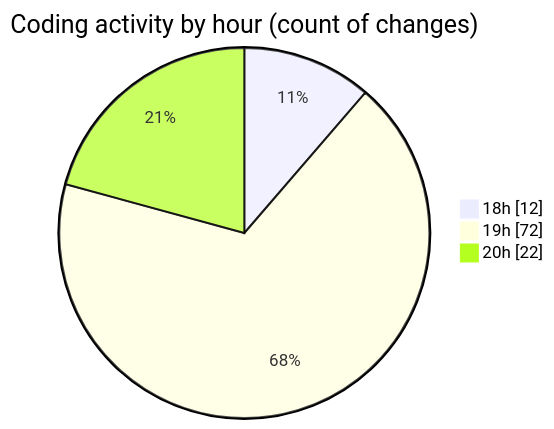
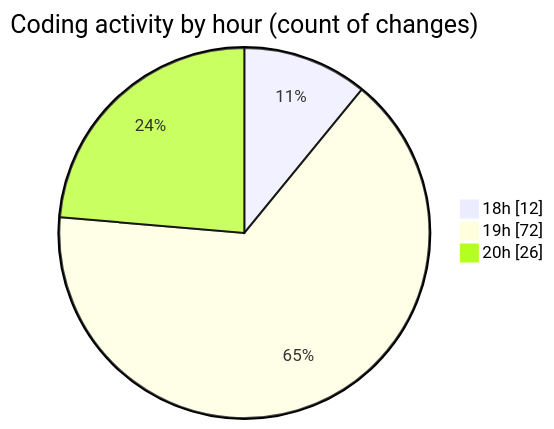
One commit to MatusMokan/code-tracking changed the second of 2 diagrams in 2025-03-14/myws__workspace_/README.md. Above: the diagram before and after it, drawn with Mermaid. The commit also changed other lines of this file and 1 other file, not shown here.

````diff
--- a/2025-03-14/myws__workspace_/README.md
+++ b/2025-03-14/myws__workspace_/README.md
@@ -30,7 +30,7 @@
 ```mermaid
 pie showData
 title Coding activity by hour (count of changes)
 "18h" : 12
 "19h" : 72
-"20h" : 22
+"20h" : 26
 ```
````
